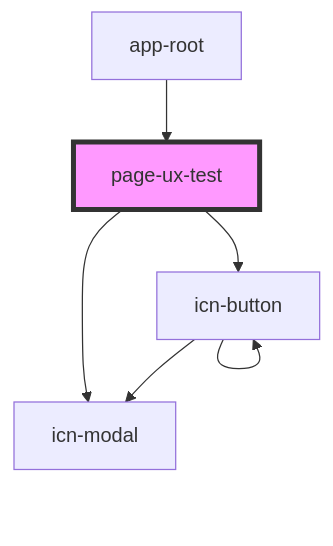
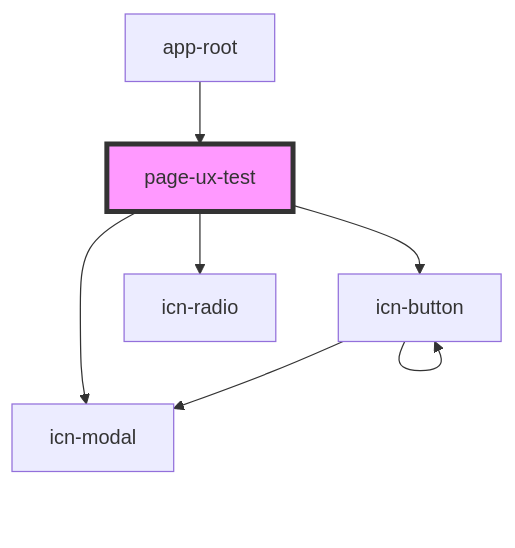
One commit to lokheed/IconEventNetwork.Web changed the diagram in iconeventnetwork-web/src/components/pages/page-ux-test/readme.md. Above: the diagram before and after it, drawn with Mermaid. The commit also changed other lines of this file and 7 other files, not shown here.

First line of the commit message:
Implemented icn-radio component

````diff
--- a/iconeventnetwork-web/src/components/pages/page-ux-test/readme.md
+++ b/iconeventnetwork-web/src/components/pages/page-ux-test/readme.md
@@ -20,9 +21,10 @@
 ```mermaid
 graph TD;
   page-ux-test --> icn-button
   page-ux-test --> icn-modal
+  page-ux-test --> icn-radio
   icn-button --> icn-modal
   icn-button --> icn-button
   app-root --> page-ux-test
   style page-ux-test fill:#f9f,stroke:#333,stroke-width:4px
 ```
````
